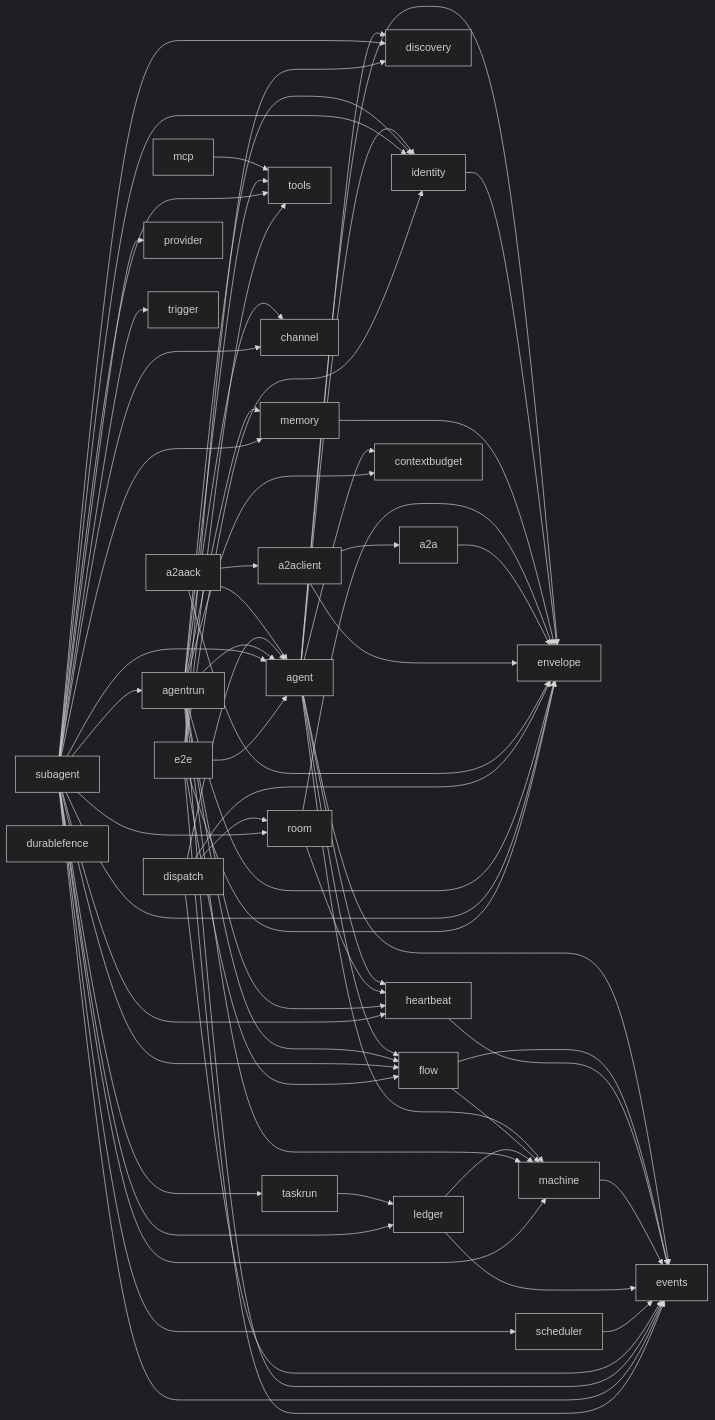
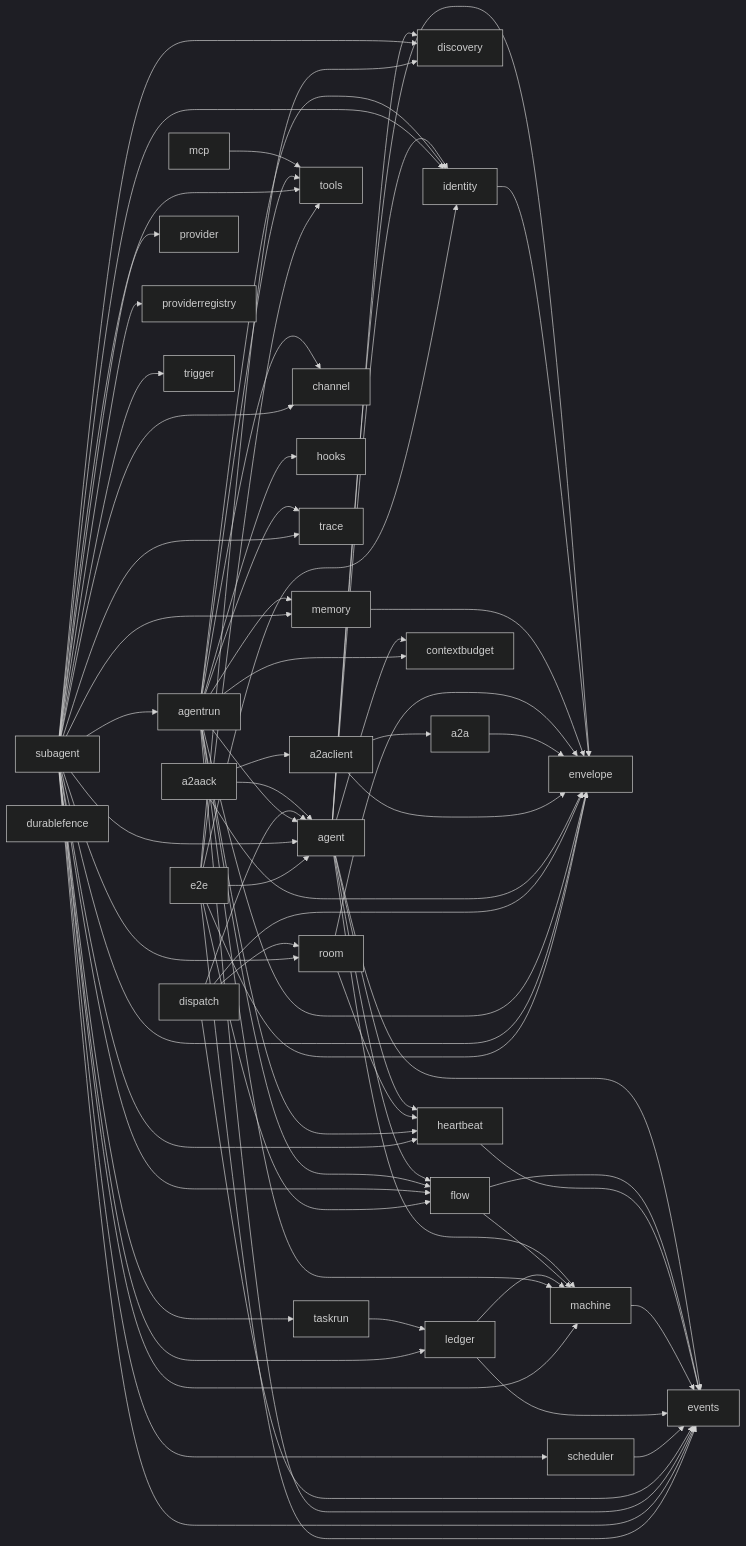
One commit to MiviaLabs/mivia-ai-sdk changed the first of 2 diagrams in docs/architecture.md. Above: the diagram before and after it, drawn with Mermaid (dark theme).

Commit message:
docs(architecture): pin the hooks, trace, and providerregistry wiring edges

````diff
--- a/docs/architecture.md
+++ b/docs/architecture.md
@@ -27,78 +27,82 @@
 ```mermaid
 flowchart LR
     agent --> identity
     agent --> discovery
     agent --> flow
     agent --> envelope
     agent --> events
     agent --> machine
     agent --> heartbeat
     agent --> contextbudget
     flow --> events
     flow --> machine
     heartbeat --> events
     identity --> envelope
     machine --> events
     ledger --> machine
     ledger --> events
     memory --> envelope
     room --> envelope
     room --> heartbeat
     a2a --> envelope
     a2aclient --> a2a
     a2aclient --> envelope
     mcp --> tools
     scheduler --> events
     a2aack --> a2aclient
     a2aack --> agent
     a2aack --> envelope
     dispatch --> agent
     dispatch --> envelope
     dispatch --> events
     dispatch --> room
     agentrun --> agent
     agentrun --> channel
     agentrun --> contextbudget
     agentrun --> envelope
     agentrun --> events
     agentrun --> flow
     agentrun --> heartbeat
+    agentrun --> hooks
     agentrun --> identity
     agentrun --> machine
     agentrun --> memory
     agentrun --> tools
+    agentrun --> trace
     taskrun --> ledger
     subagent --> agent
     subagent --> agentrun
     subagent --> channel
     subagent --> discovery
     subagent --> envelope
     subagent --> events
     subagent --> flow
     subagent --> heartbeat
     subagent --> identity
     subagent --> ledger
     subagent --> machine
     subagent --> memory
     subagent --> provider
+    subagent --> providerregistry
     subagent --> room
     subagent --> scheduler
     subagent --> taskrun
     subagent --> tools
+    subagent --> trace
     subagent --> trigger
     e2e --> agent
     e2e --> discovery
     e2e --> envelope
     e2e --> events
     e2e --> flow
     e2e --> identity
     e2e --> tools
     contextbudget[contextbudget]
     discovery[discovery]
     durablefence[durablefence]
     envelope[envelope]
     events[events]
     provider[provider]
     tools[tools]
     trigger[trigger]
 ```
````
